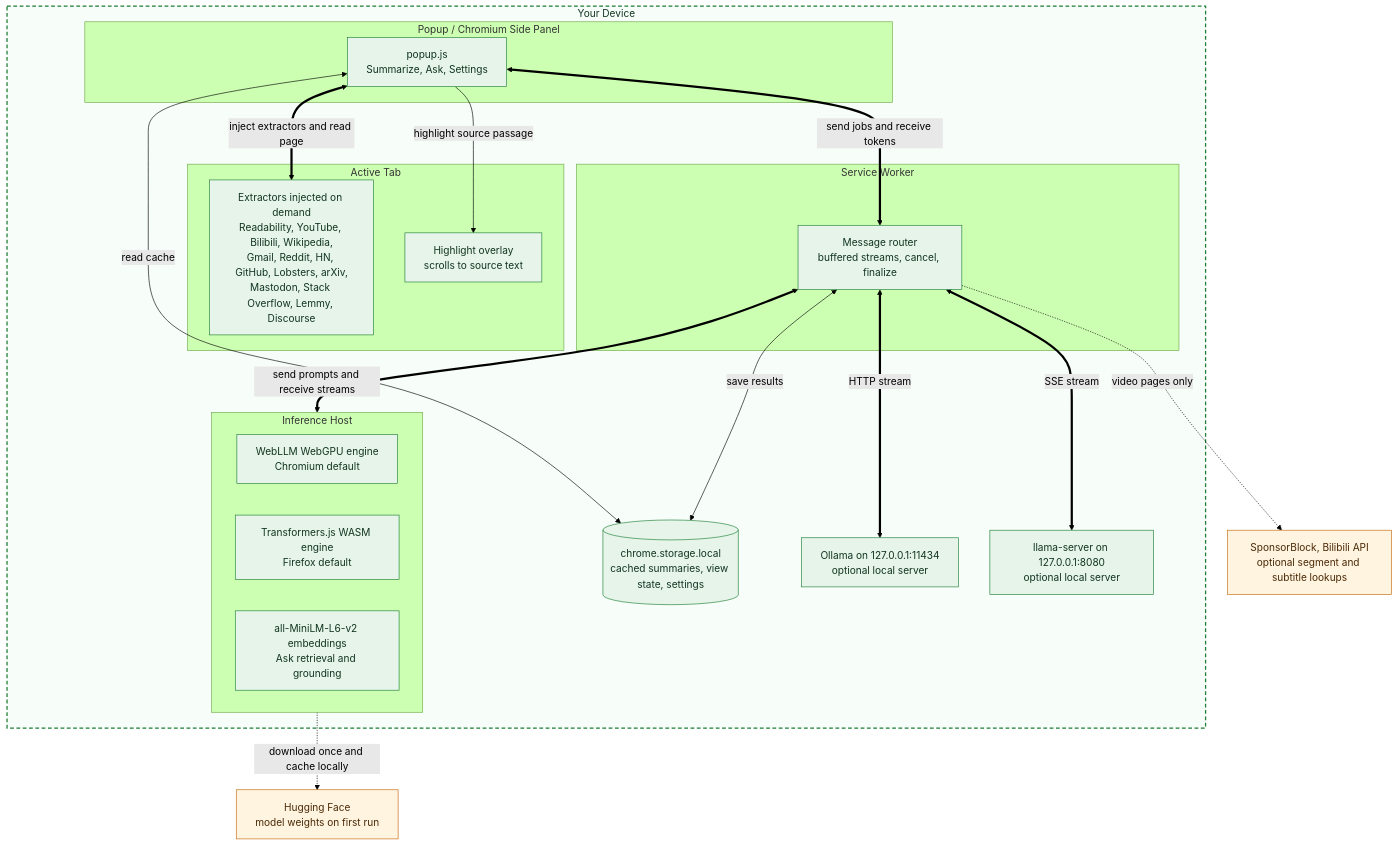
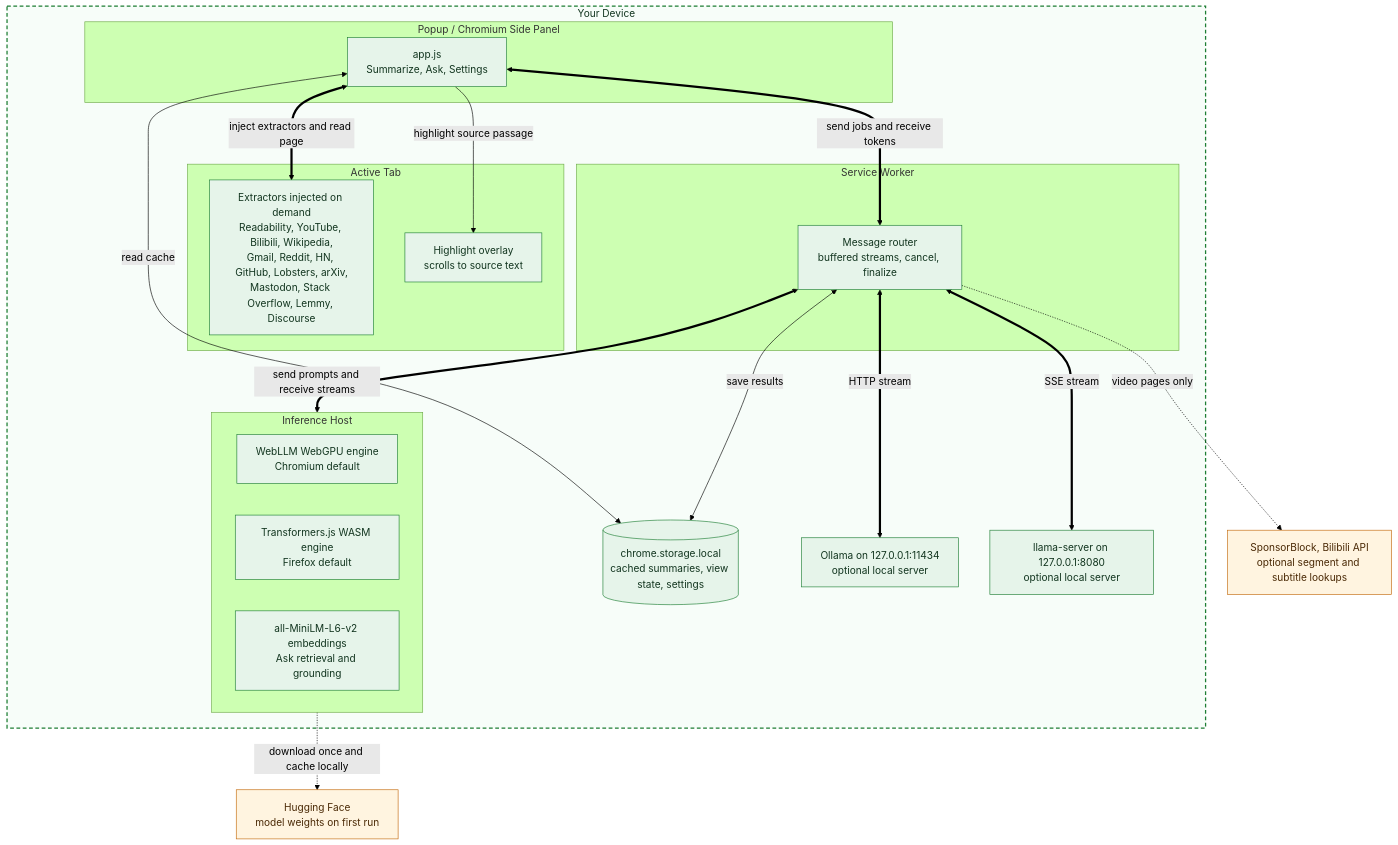
One commit to MayurK-cmd/apogee changed the first of 2 diagrams in ARCHITECTURE.md. Above: the diagram before and after it, drawn with Mermaid (forest theme). The commit also changed 11 other files, not shown here.

Commit message:
feat(popup): improve summary and ask views

````diff
--- a/ARCHITECTURE.md
+++ b/ARCHITECTURE.md
@@ -36,48 +36,48 @@
 ```mermaid
 flowchart TD
     subgraph device["Your Device"]
         subgraph page["Active Tab"]
             EX["Extractors injected on demand<br/>Readability, YouTube, Bilibili, Wikipedia,<br/>Gmail, Reddit, HN, GitHub, Lobsters, arXiv,<br/>Mastodon, Stack Overflow, Lemmy, Discourse"]
             HL["Highlight overlay<br/>scrolls to source text"]
         end
 
         subgraph ui["Popup / Chromium Side Panel"]
-            POPUP["popup.js<br/>Summarize, Ask, Settings"]
+            POPUP["app.js<br/>Summarize, Ask, Settings"]
         end
 
         subgraph bg["Service Worker"]
             ROUTER["Message router<br/>buffered streams, cancel, finalize"]
         end
 
         subgraph host["Inference Host"]
             WEBLLM["WebLLM WebGPU engine<br/>Chromium default"]
             TJS["Transformers.js WASM engine<br/>Firefox default"]
             EMB["all-MiniLM-L6-v2 embeddings<br/>Ask retrieval and grounding"]
         end
 
         STORE[("chrome.storage.local<br/>cached summaries, view state, settings")]
         OLLAMA["Ollama on 127.0.0.1:11434<br/>optional local server"]
         LLAMACPP["llama-server on 127.0.0.1:8080<br/>optional local server"]
     end
 
     HF["Hugging Face<br/>model weights on first run"]
     APIS["SponsorBlock, Bilibili API<br/>optional segment and subtitle lookups"]
 
     POPUP <==>|"inject extractors and read page"| EX
     POPUP -->|"highlight source passage"| HL
     POPUP <==>|"send jobs and receive tokens"| ROUTER
     ROUTER <==>|"send prompts and receive streams"| host
     ROUTER <==>|"HTTP stream"| OLLAMA
     ROUTER <==>|"SSE stream"| LLAMACPP
     POPUP <-->|"read cache"| STORE
     ROUTER <-->|"save results"| STORE
 
     host -.->|"download once and cache locally"| HF
     ROUTER -.->|"video pages only"| APIS
 
     classDef local fill:#e6f4ea,stroke:#1e7e34,color:#12351f
     classDef remote fill:#fff4e0,stroke:#c2680a,color:#4a2905
     class EX,HL,POPUP,ROUTER,STORE,WEBLLM,TJS,EMB,OLLAMA,LLAMACPP local
     class HF,APIS remote
     style device fill:#f7fdf9,stroke:#1e7e34,stroke-width:2px,stroke-dasharray:6 4,color:#12351f
 ```
````
